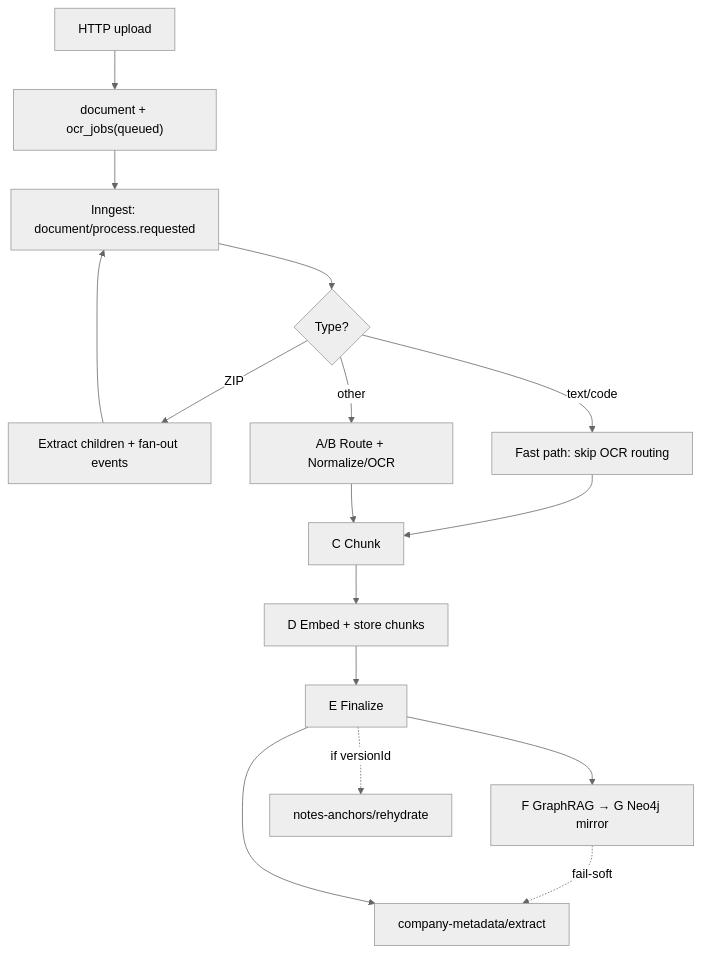
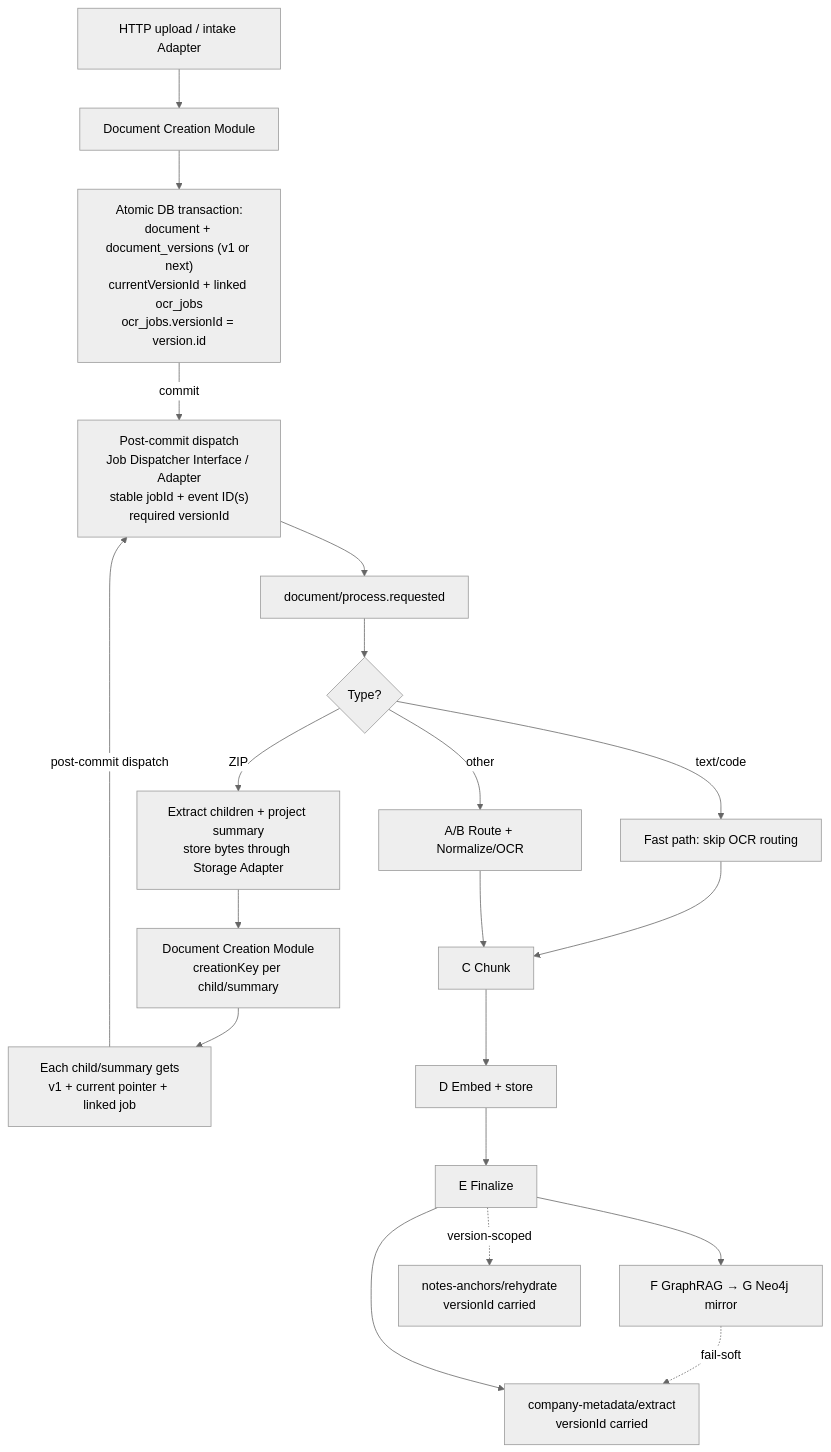
Before and after one commit to Deodat-Lawson/LaunchStack: the diagram in docs/pipeline/pipeline-architecture.md, drawn with Mermaid (neutral theme). The commit also changed other lines of this file and 3 other files, not shown here.

````diff
--- a/docs/pipeline/pipeline-architecture.md
+++ b/docs/pipeline/pipeline-architecture.md
@@ -40,21 +66,25 @@
 ```mermaid
 flowchart TD
-  Upload[HTTP upload] --> Rows["document + ocr_jobs(queued)"]
-  Rows --> Event["Inngest: document/process.requested"]
+  Intake[HTTP upload / intake Adapter] --> Module[Document Creation Module]
+  Module --> Tx["Atomic DB transaction:<br/>document + document_versions (v1 or next)<br/>currentVersionId + linked ocr_jobs<br/>ocr_jobs.versionId = version.id"]
+  Tx -->|commit| Dispatch["Post-commit dispatch<br/>Job Dispatcher Interface / Adapter<br/>stable jobId + event ID(s)<br/>required versionId"]
+  Dispatch --> Event["document/process.requested"]
   Event --> Branch{Type?}
 
-  Branch -->|ZIP| Zip[Extract children + fan-out events]
-  Zip --> Event
+  Branch -->|ZIP| Zip["Extract children + project summary<br/>store bytes through Storage Adapter"]
+  Zip --> ChildModule["Document Creation Module<br/>creationKey per child/summary"]
+  ChildModule --> ChildCommit["Each child/summary gets<br/>v1 + current pointer + linked job"]
+  ChildCommit -->|post-commit dispatch| Dispatch
 
   Branch -->|text/code| Fast[Fast path: skip OCR routing]
   Branch -->|other| AB[A/B Route + Normalize/OCR]
 
   Fast --> C[C Chunk]
   AB --> C
-  C --> D[D Embed + store chunks]
+  C --> D[D Embed + store]
   D --> E[E Finalize]
   E --> FG[F GraphRAG → G Neo4j mirror]
   FG -.->|fail-soft| Meta
-  E --> Meta["company-metadata/extract"]
-  E -.->|if versionId| Notes["notes-anchors/rehydrate"]
+  E --> Meta["company-metadata/extract<br/>versionId carried"]
+  E -.->|version-scoped| Notes["notes-anchors/rehydrate<br/>versionId carried"]
 ```
````
